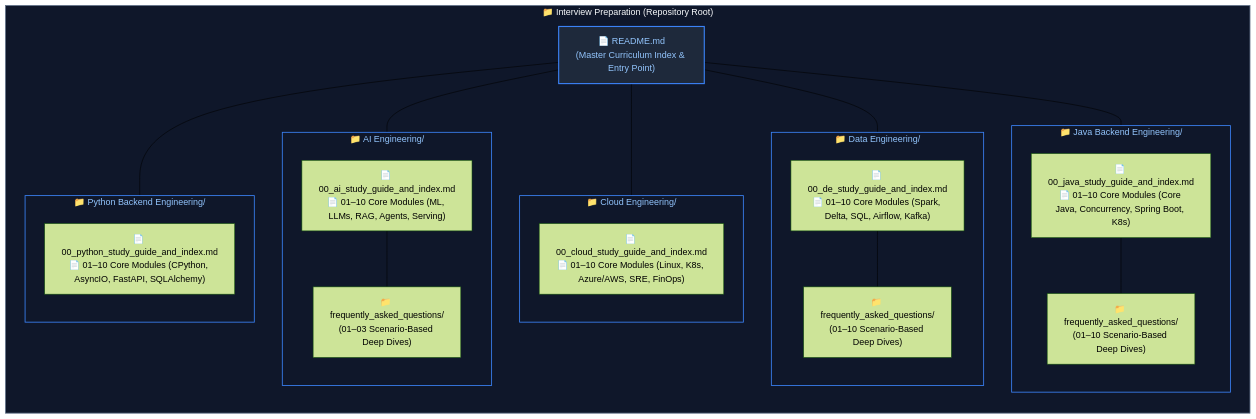
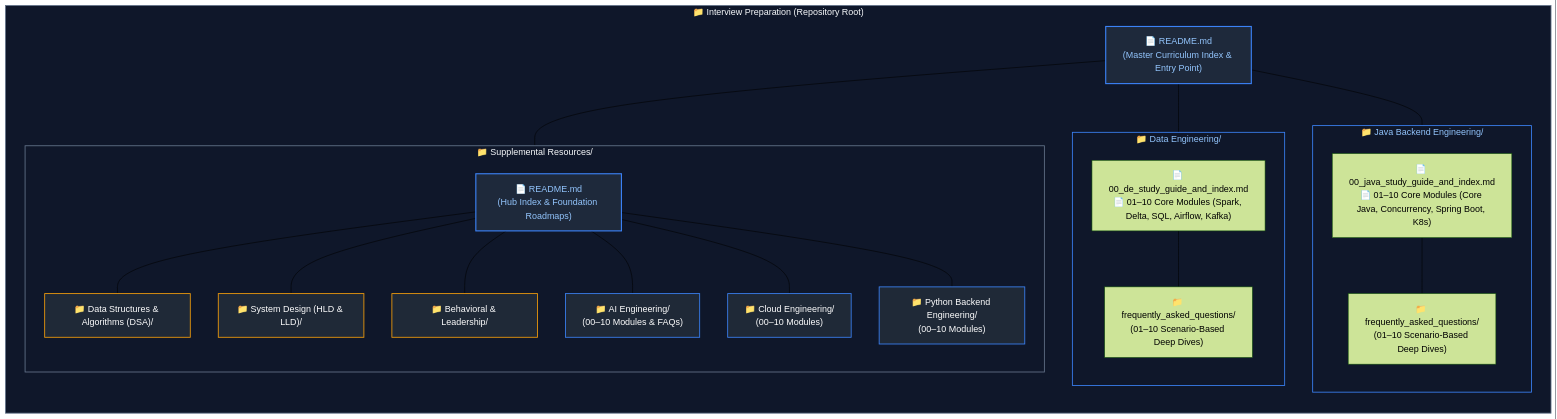
The diagram in README.md (joydeep-biswas/Interview-Preparation), drawn with Mermaid (forest theme) before and after one commit. The commit also changed other lines of this file and 41 other files, not shown here.

````diff
--- a/README.md
+++ b/README.md
@@ -75,52 +57,55 @@
 ```mermaid
 flowchart TD
     subgraph RepoRoot ["📁 Interview Preparation (Repository Root)"]
         direction TB
         Readme["📄 README.md<br/>(Master Curriculum Index & Entry Point)"]
         
-        subgraph AI_Track ["📁 AI Engineering/"]
-            direction TB
-            AI_Core["📄 00_ai_study_guide_and_index.md<br/>📄 01–10 Core Modules (ML, LLMs, RAG, Agents, Serving)"]
-            AI_FAQ["📁 frequently_asked_questions/<br/>(01–03 Scenario-Based Deep Dives)"]
-            AI_Core --- AI_FAQ
-        end
-
-        subgraph Cloud_Track ["📁 Cloud Engineering/"]
-            direction TB
-            Cloud_Core["📄 00_cloud_study_guide_and_index.md<br/>📄 01–10 Core Modules (Linux, K8s, Azure/AWS, SRE, FinOps)"]
-        end
-
         subgraph Data_Track ["📁 Data Engineering/"]
             direction TB
             Data_Core["📄 00_de_study_guide_and_index.md<br/>📄 01–10 Core Modules (Spark, Delta, SQL, Airflow, Kafka)"]
             Data_FAQ["📁 frequently_asked_questions/<br/>(01–10 Scenario-Based Deep Dives)"]
             Data_Core --- Data_FAQ
         end
 
         subgraph Java_Track ["📁 Java Backend Engineering/"]
             direction TB
             Java_Core["📄 00_java_study_guide_and_index.md<br/>📄 01–10 Core Modules (Core Java, Concurrency, Spring Boot, K8s)"]
             Java_FAQ["📁 frequently_asked_questions/<br/>(01–10 Scenario-Based Deep Dives)"]
             Java_Core --- Java_FAQ
         end
 
-        subgraph Python_Track ["📁 Python Backend Engineering/"]
+        subgraph Supp_Tracks ["📁 Supplemental Resources/"]
             direction TB
-            Python_Core["📄 00_python_study_guide_and_index.md<br/>📄 01–10 Core Modules (CPython, AsyncIO, FastAPI, SQLAlchemy)"]
+            Supp_Readme["📄 README.md<br/>(Hub Index & Foundation Roadmaps)"]
+            DSA_Track["📁 Data Structures & Algorithms (DSA)/"]
+            Sys_Track["📁 System Design (HLD & LLD)/"]
+            Beh_Track["📁 Behavioral & Leadership/"]
+            AI_Track["📁 AI Engineering/<br/>(00–10 Modules & FAQs)"]
+            Cloud_Track["📁 Cloud Engineering/<br/>(00–10 Modules)"]
+            Python_Track["📁 Python Backend Engineering/<br/>(00–10 Modules)"]
+            Supp_Readme --- DSA_Track
+            Supp_Readme --- Sys_Track
+            Supp_Readme --- Beh_Track
+            Supp_Readme --- AI_Track
+            Supp_Readme --- Cloud_Track
+            Supp_Readme --- Python_Track
         end
     end
 
-    Readme --- AI_Track
-    Readme --- Cloud_Track
     Readme --- Data_Track
     Readme --- Java_Track
-    Readme --- Python_Track
+    Readme --- Supp_Tracks
 
     style RepoRoot fill:#0f172a,stroke:#64748b,stroke-width:1.5px,color:#f8fafc
     style Readme fill:#1e293b,stroke:#3b82f6,stroke-width:2px,color:#93c5fd
-    style AI_Track fill:#0f172a,stroke:#3b82f6,stroke-width:1.5px,color:#93c5fd
-    style Cloud_Track fill:#0f172a,stroke:#3b82f6,stroke-width:1.5px,color:#93c5fd
     style Data_Track fill:#0f172a,stroke:#3b82f6,stroke-width:1.5px,color:#93c5fd
     style Java_Track fill:#0f172a,stroke:#3b82f6,stroke-width:1.5px,color:#93c5fd
-    style Python_Track fill:#0f172a,stroke:#3b82f6,stroke-width:1.5px,color:#93c5fd
+    style Supp_Tracks fill:#0f172a,stroke:#64748b,stroke-width:1.5px,color:#f8fafc
+    style Supp_Readme fill:#1e293b,stroke:#3b82f6,stroke-width:2px,color:#93c5fd
+    style DSA_Track fill:#1f2937,stroke:#f59e0b,stroke-width:1.5px,color:#ffffff
+    style Sys_Track fill:#1f2937,stroke:#f59e0b,stroke-width:1.5px,color:#ffffff
+    style Beh_Track fill:#1f2937,stroke:#f59e0b,stroke-width:1.5px,color:#ffffff
+    style AI_Track fill:#1f2937,stroke:#3b82f6,stroke-width:1.5px,color:#ffffff
+    style Cloud_Track fill:#1f2937,stroke:#3b82f6,stroke-width:1.5px,color:#ffffff
+    style Python_Track fill:#1f2937,stroke:#3b82f6,stroke-width:1.5px,color:#ffffff
 ```
````
